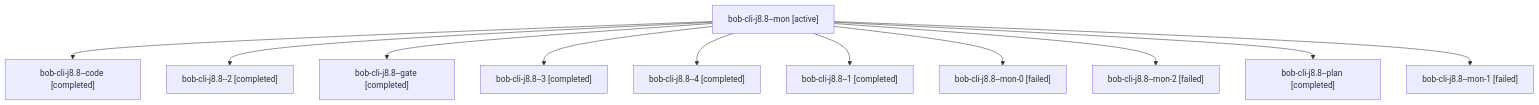
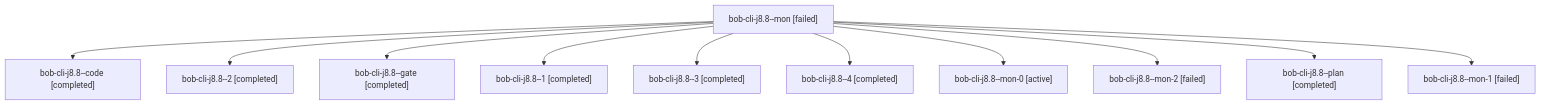
Before and after one commit to bobs-org/bob-cli--agents: the diagram in sessions/bbugyi200.apollo.bob-cli-j8.8.md, drawn with Mermaid. The commit also changed other lines of this file and 19 other files, not shown here.

````diff
--- a/sessions/bbugyi200.apollo.bob-cli-j8.8.md
+++ b/sessions/bbugyi200.apollo.bob-cli-j8.8.md
@@ -9,24 +9,24 @@
 ```mermaid
 flowchart TD
-  n0["bob-cli-j8.8--mon [active]"]
+  n0["bob-cli-j8.8--mon [failed]"]
   n1["bob-cli-j8.8--code [completed]"]
   n0 --> n1
   n2["bob-cli-j8.8--2 [completed]"]
   n0 --> n2
   n3["bob-cli-j8.8--gate [completed]"]
   n0 --> n3
-  n4["bob-cli-j8.8--3 [completed]"]
+  n4["bob-cli-j8.8--1 [completed]"]
   n0 --> n4
-  n5["bob-cli-j8.8--4 [completed]"]
+  n5["bob-cli-j8.8--3 [completed]"]
   n0 --> n5
-  n6["bob-cli-j8.8--1 [completed]"]
+  n6["bob-cli-j8.8--4 [completed]"]
   n0 --> n6
-  n7["bob-cli-j8.8--mon-0 [failed]"]
+  n7["bob-cli-j8.8--mon-0 [active]"]
   n0 --> n7
   n8["bob-cli-j8.8--mon-2 [failed]"]
   n0 --> n8
   n9["bob-cli-j8.8--plan [completed]"]
   n0 --> n9
   n10["bob-cli-j8.8--mon-1 [failed]"]
   n0 --> n10
 ```
````
